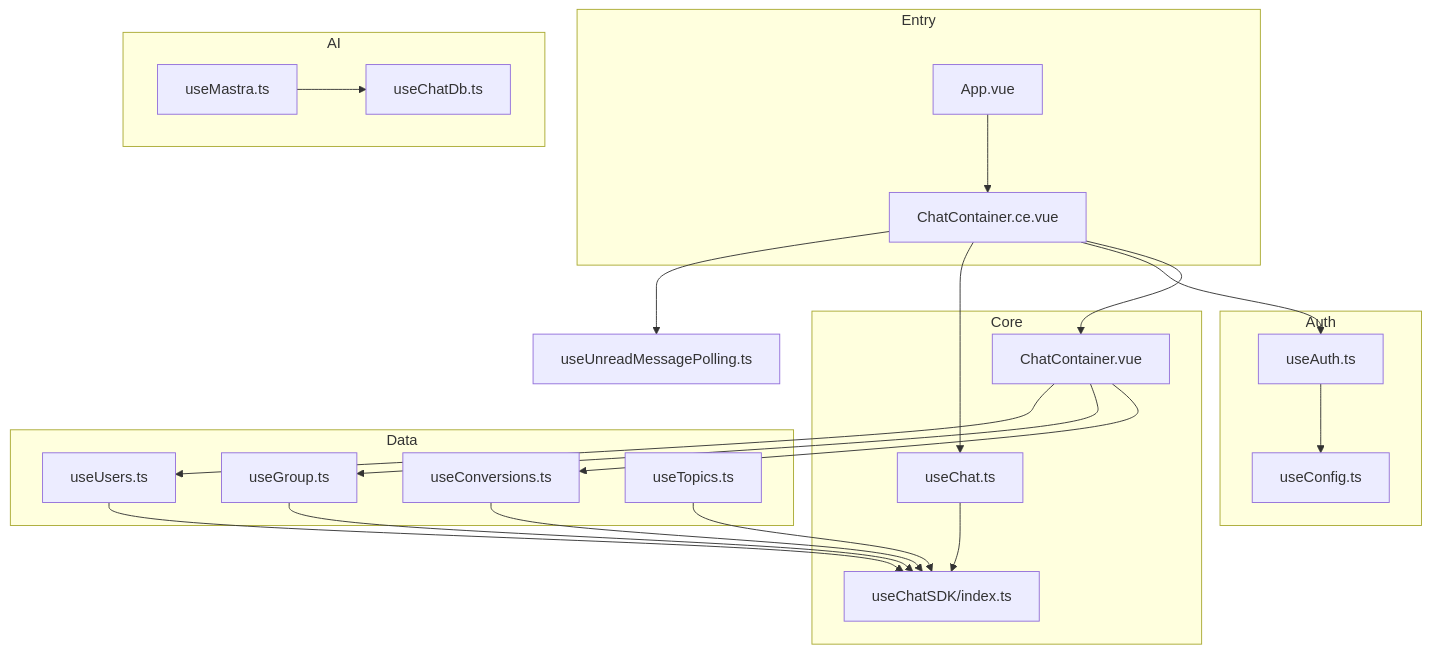
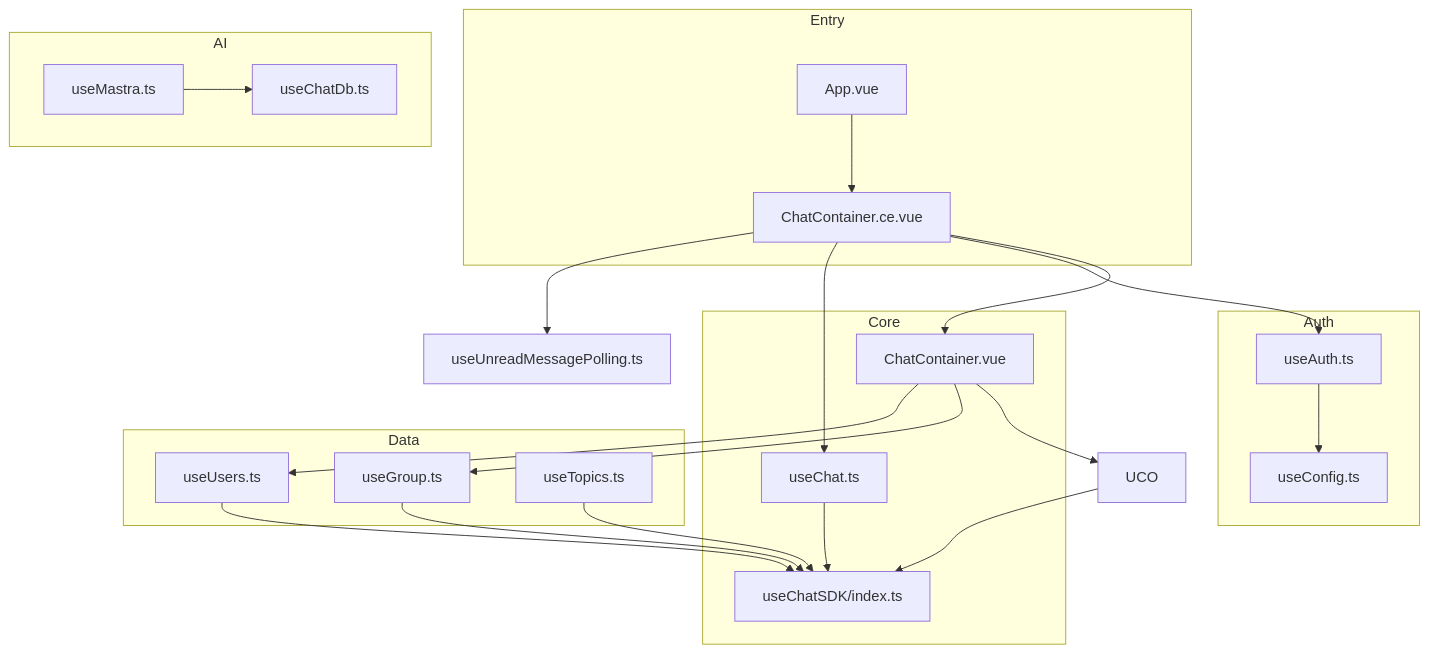
The seventh of 7 diagrams in doc/ARCHITECTURE.md (pksep/chat_client), drawn with Mermaid before and after one commit. The commit also changed other lines of this file and 33 other files, not shown here.

````diff
--- a/doc/ARCHITECTURE.md
+++ b/doc/ARCHITECTURE.md
@@ -228,50 +227,49 @@
 ```mermaid
 graph TD
     subgraph Entry
         App[App.vue]
         CE[ChatContainer.ce.vue]
     end
 
     subgraph Core
         CC[ChatContainer.vue]
         UC[useChat.ts]
         SDK[useChatSDK/index.ts]
     end
 
     subgraph Auth
         UA[useAuth.ts]
         UCF[useConfig.ts]
     end
 
     subgraph Data
-        UCO[useConversions.ts]
         UG[useGroup.ts]
         UU[useUsers.ts]
         UT[useTopics.ts]
     end
 
     subgraph AI
         UM[useMastra.ts]
         UDB[useChatDb.ts]
     end
 
     App --> CE
     CE --> CC
     CE --> UA
     CE --> UC
     CE --> UMP[useUnreadMessagePolling.ts]
 
     CC --> UCO
     CC --> UG
     CC --> UU
 
     UC --> SDK
     UCO --> SDK
     UG --> SDK
     UU --> SDK
     UT --> SDK
 
     UA --> UCF
 
     UM --> UDB
 ```
````
